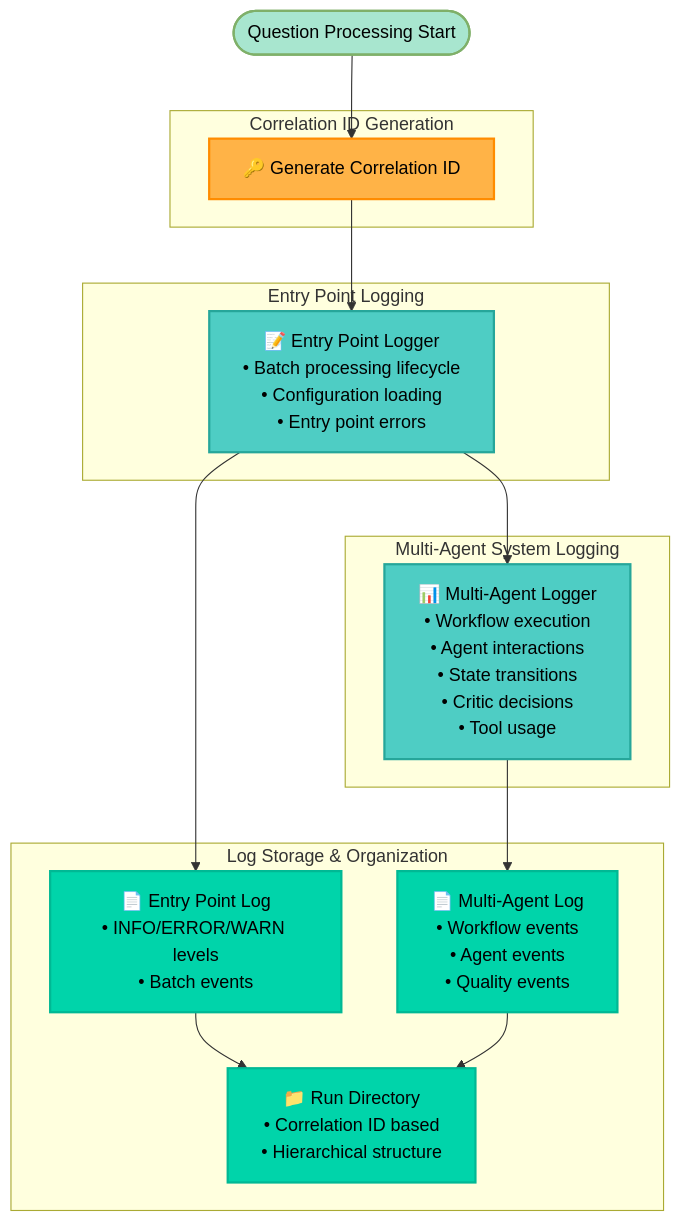
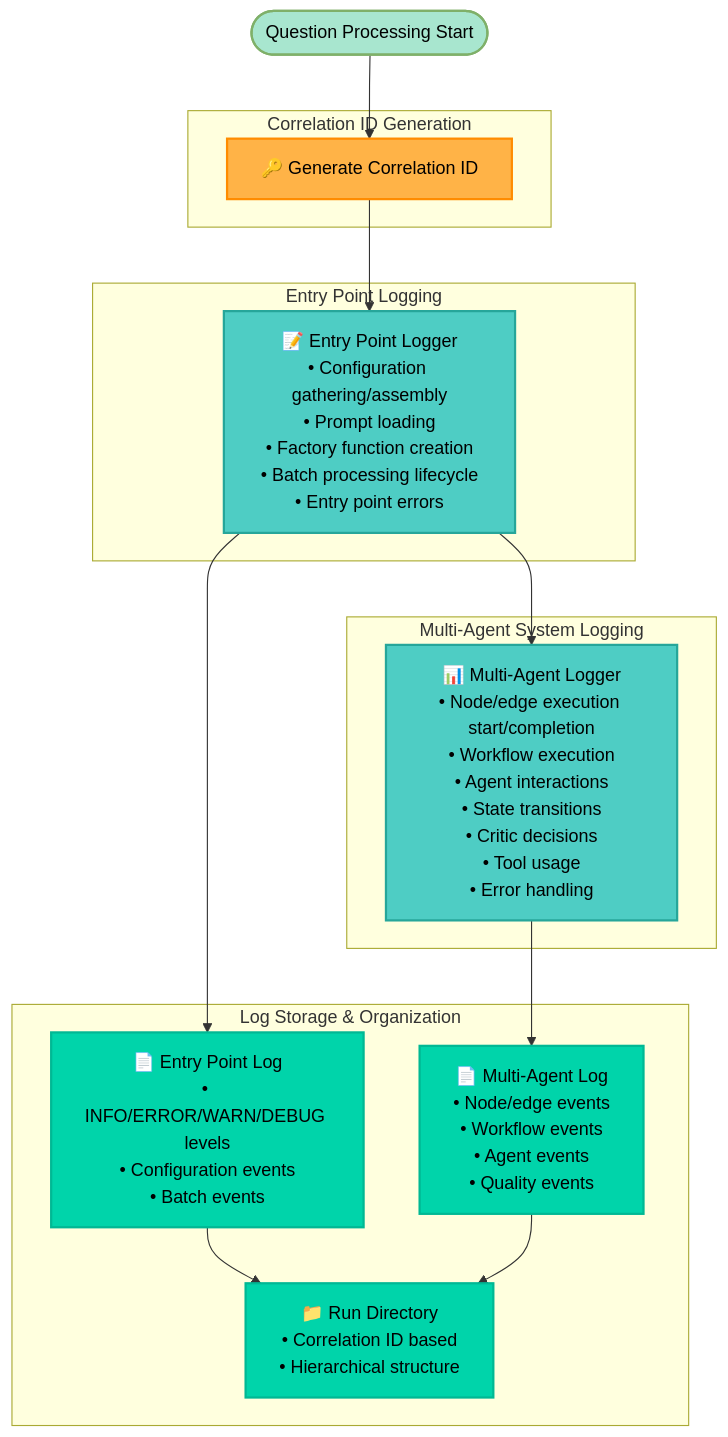
Diagram 11 of 11 in docs/src/ARCHITECTURE.md (jdsham/hf-ai-agents-course), drawn with Mermaid before and after one commit. The commit also changed other lines of this file, not shown here.

Commit message:
Updated source code architecture document. Refined logging specifications.

````diff
--- a/docs/src/ARCHITECTURE.md
+++ b/docs/src/ARCHITECTURE.md
@@ -2219,43 +2225,43 @@
 ```mermaid
 graph TD
     Start([Question Processing Start])
     
     subgraph "Correlation ID Generation"
         CorrIDGen["🔑 Generate Correlation ID"]
     end
     
     subgraph "Entry Point Logging"
-        EntryLogger["📝 Entry Point Logger<br/>• Batch processing lifecycle<br/>• Configuration loading<br/>• Entry point errors"]
+        EntryLogger["📝 Entry Point Logger<br/>• Configuration gathering/assembly<br/>• Prompt loading<br/>• Factory function creation<br/>• Batch processing lifecycle<br/>• Entry point errors"]
     end
     
     subgraph "Multi-Agent System Logging"
-        MASLogger["📊 Multi-Agent Logger<br/>• Workflow execution<br/>• Agent interactions<br/>• State transitions<br/>• Critic decisions<br/>• Tool usage"]
+        MASLogger["📊 Multi-Agent Logger<br/>• Node/edge execution start/completion<br/>• Workflow execution<br/>• Agent interactions<br/>• State transitions<br/>• Critic decisions<br/>• Tool usage<br/>• Error handling"]
     end
     
     subgraph "Log Storage & Organization"
         RunDir["📁 Run Directory<br/>• Correlation ID based<br/>• Hierarchical structure"]
-        EntryLog["📄 Entry Point Log<br/>• INFO/ERROR/WARN levels<br/>• Batch events"]
-        MASLog["📄 Multi-Agent Log<br/>• Workflow events<br/>• Agent events<br/>• Quality events"]
+        EntryLog["📄 Entry Point Log<br/>• INFO/ERROR/WARN/DEBUG levels<br/>• Configuration events<br/>• Batch events"]
+        MASLog["📄 Multi-Agent Log<br/>• Node/edge events<br/>• Workflow events<br/>• Agent events<br/>• Quality events"]
     end
     
     Start --> CorrIDGen
     CorrIDGen --> EntryLogger
     EntryLogger --> MASLogger
     
     EntryLogger --> EntryLog
     MASLogger --> MASLog
     
     EntryLog --> RunDir
     MASLog --> RunDir
     
     %% Styling - Dark Theme Optimized
     classDef start fill:#A8E6CF,stroke:#7FB069,stroke-width:2px,color:#000000
     classDef correlation fill:#FFB347,stroke:#FF8C00,stroke-width:2px,color:#000000
     classDef logging fill:#4ECDC4,stroke:#26A69A,stroke-width:2px,color:#000000
     classDef storage fill:#00D4AA,stroke:#00B894,stroke-width:2px,color:#000000
     
     class Start start
     class CorrIDGen correlation
     class EntryLogger,MASLogger logging
     class RunDir,EntryLog,MASLog storage
 ```
````
